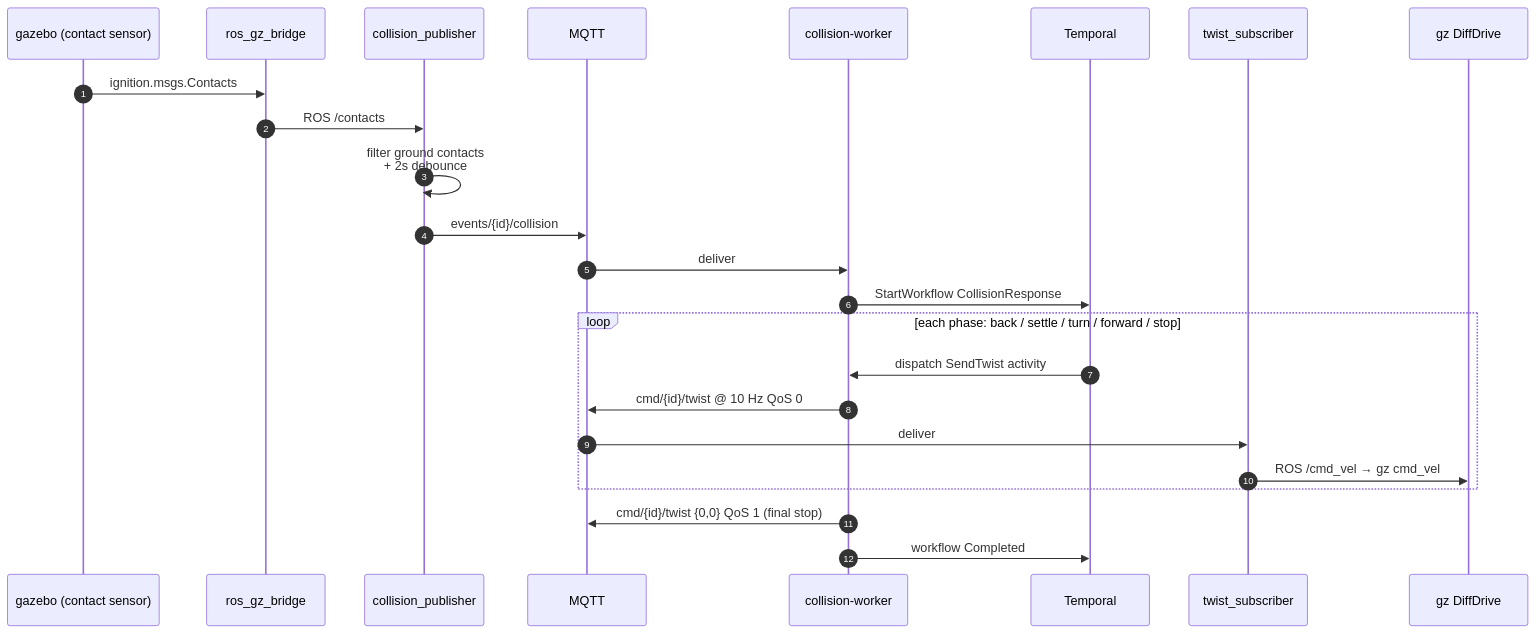
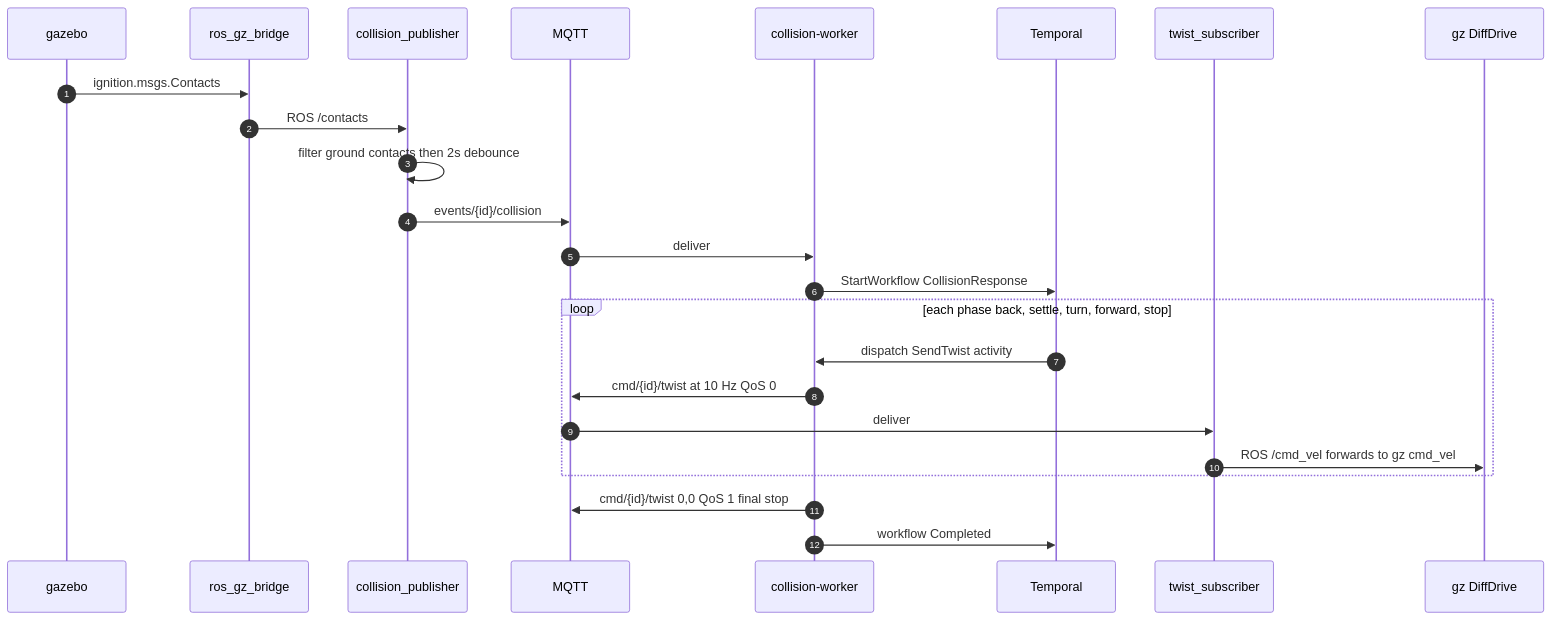
One commit to ferrosadb/temporal-hack changed the fourth of 4 diagrams in specs/overview.md. Above: the diagram before and after it, drawn with Mermaid. The commit also changed other lines of this file and 1 other file, not shown here.

First line of the commit message:
docs(mermaid): fix sequenceDiagram parser breakage on alias parens

````diff
--- a/specs/overview.md
+++ b/specs/overview.md
@@ -206,27 +207,27 @@
 ```mermaid
 sequenceDiagram
     autonumber
-    participant Sim as gazebo (contact sensor)
+    participant Sim as gazebo
     participant RGB as ros_gz_bridge
     participant Pub as collision_publisher
     participant MQ as MQTT
     participant Cw as collision-worker
     participant Tmp as Temporal
     participant Sub as twist_subscriber
     participant Drive as gz DiffDrive
 
     Sim->>RGB: ignition.msgs.Contacts
     RGB->>Pub: ROS /contacts
-    Pub->>Pub: filter ground contacts<br/>+ 2s debounce
+    Pub->>Pub: filter ground contacts then 2s debounce
     Pub->>MQ: events/{id}/collision
     MQ->>Cw: deliver
     Cw->>Tmp: StartWorkflow CollisionResponse
-    loop each phase: back / settle / turn / forward / stop
+    loop each phase back, settle, turn, forward, stop
         Tmp->>Cw: dispatch SendTwist activity
-        Cw->>MQ: cmd/{id}/twist @ 10 Hz QoS 0
+        Cw->>MQ: cmd/{id}/twist at 10 Hz QoS 0
         MQ->>Sub: deliver
-        Sub->>Drive: ROS /cmd_vel → gz cmd_vel
+        Sub->>Drive: ROS /cmd_vel forwards to gz cmd_vel
     end
-    Cw->>MQ: cmd/{id}/twist {0,0} QoS 1 (final stop)
+    Cw->>MQ: cmd/{id}/twist 0,0 QoS 1 final stop
     Cw->>Tmp: workflow Completed
 ```
````
